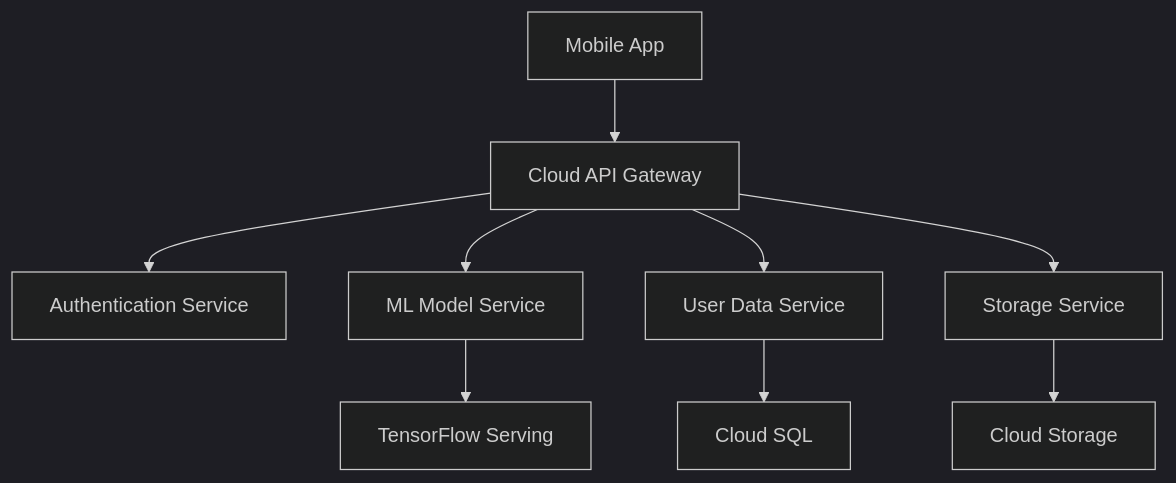
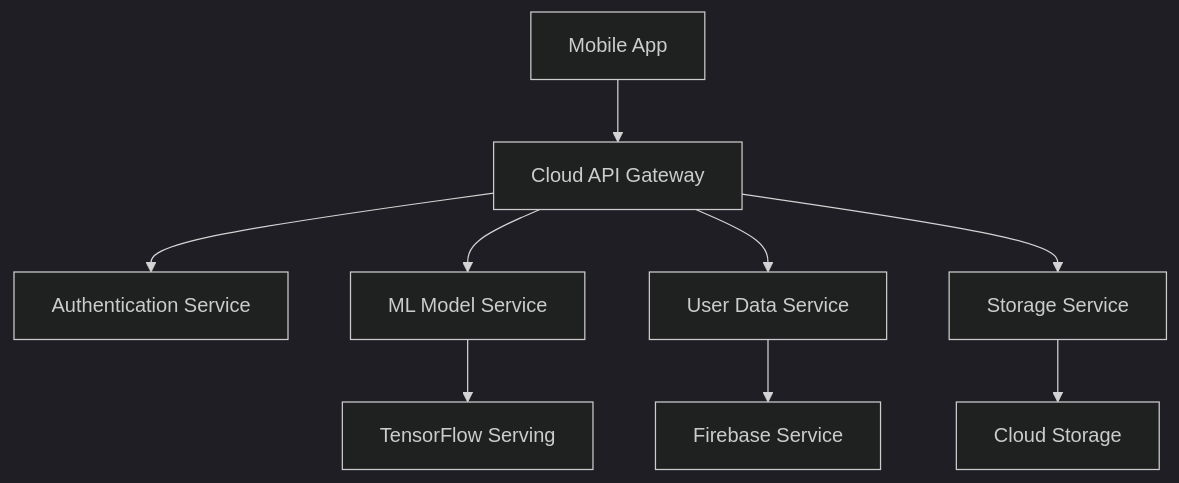
Before and after one commit to CeKulit/.github: the diagram in profile/README.md, drawn with Mermaid (dark theme). The commit also changed other lines of this file, not shown here.

Commit message:
sql remove

````diff
--- a/profile/README.md
+++ b/profile/README.md
@@ -108,11 +107,11 @@
 ```mermaid
 graph TD
     A[Mobile App] --> B[Cloud API Gateway]
     B --> C[Authentication Service]
     B --> D[ML Model Service]
     D --> E[TensorFlow Serving]
     B --> F[User Data Service]
-    F --> G[Cloud SQL]
+    F --> G[Firebase Service]
     B --> H[Storage Service]
     H --> I[Cloud Storage]
 ```
````
